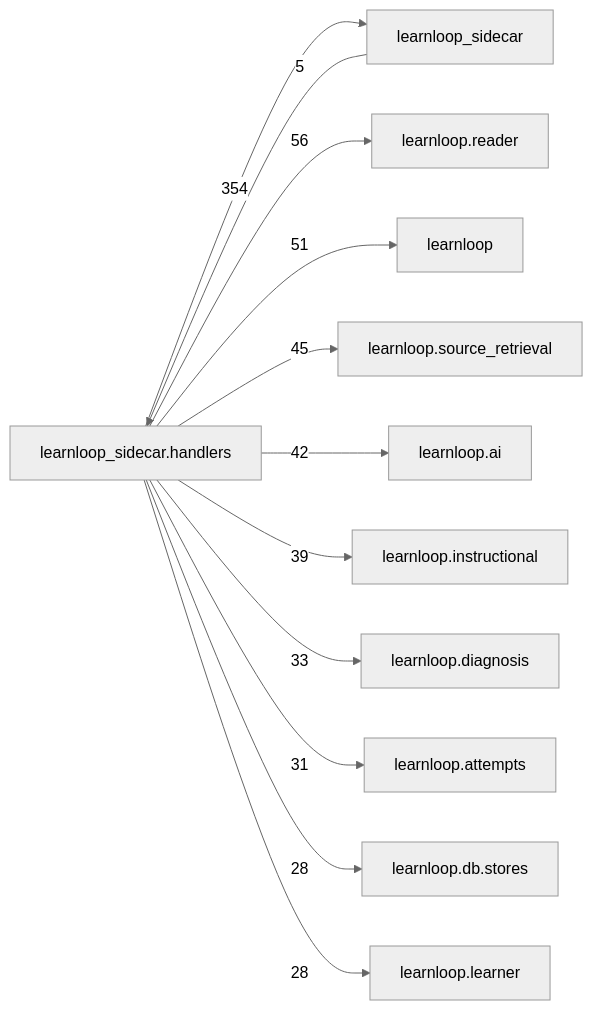
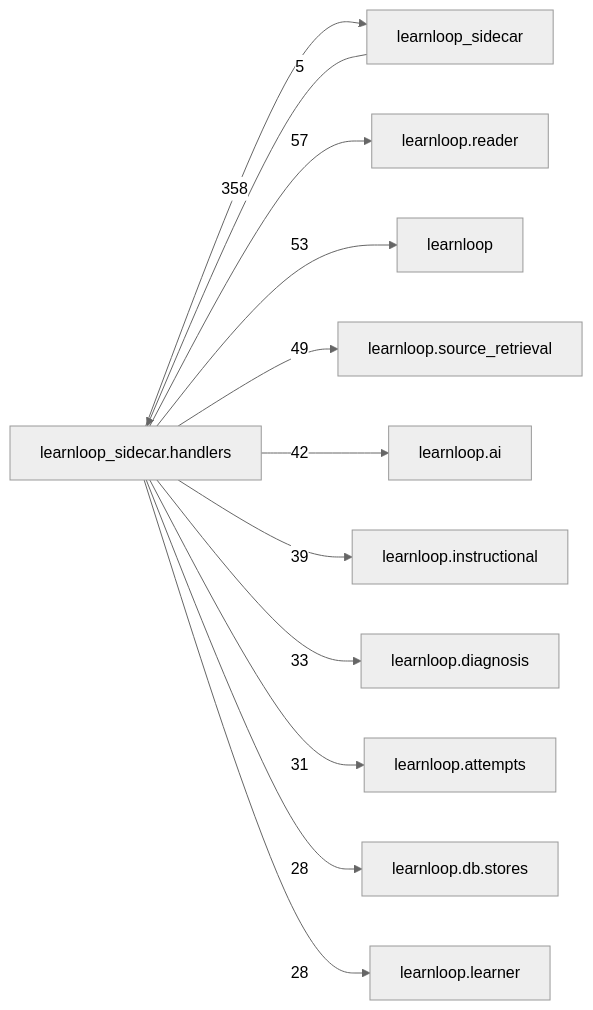
One commit to 6up-b/learnanything changed the diagram in docs/learnloop-architecture-vault/Reference/Modules/learnloop_sidecar/handlers/_package.md. Above: the diagram before and after it, drawn with Mermaid (neutral theme). The commit also changed other lines of this file and 56 other files, not shown here.

````diff
--- a/docs/learnloop-architecture-vault/Reference/Modules/learnloop_sidecar/handlers/_package.md
+++ b/docs/learnloop-architecture-vault/Reference/Modules/learnloop_sidecar/handlers/_package.md
@@ -278,25 +280,25 @@
 ```mermaid
 flowchart LR
     center["learnloop_sidecar.handlers"]
     n_learnloop_sidecar["learnloop_sidecar"]
     n_learnloop_reader["learnloop.reader"]
     n_learnloop["learnloop"]
     n_learnloop_source_retrieval["learnloop.source_retrieval"]
     n_learnloop_ai["learnloop.ai"]
     n_learnloop_instructional["learnloop.instructional"]
     n_learnloop_diagnosis["learnloop.diagnosis"]
     n_learnloop_attempts["learnloop.attempts"]
     n_learnloop_db_stores["learnloop.db.stores"]
     n_learnloop_learner["learnloop.learner"]
     n_learnloop_sidecar -->|5| center
-    center -->|354| n_learnloop_sidecar
-    center -->|56| n_learnloop_reader
-    center -->|51| n_learnloop
-    center -->|45| n_learnloop_source_retrieval
+    center -->|358| n_learnloop_sidecar
+    center -->|57| n_learnloop_reader
+    center -->|53| n_learnloop
+    center -->|49| n_learnloop_source_retrieval
     center -->|42| n_learnloop_ai
     center -->|39| n_learnloop_instructional
     center -->|33| n_learnloop_diagnosis
     center -->|31| n_learnloop_attempts
     center -->|28| n_learnloop_db_stores
     center -->|28| n_learnloop_learner
 ```
````
